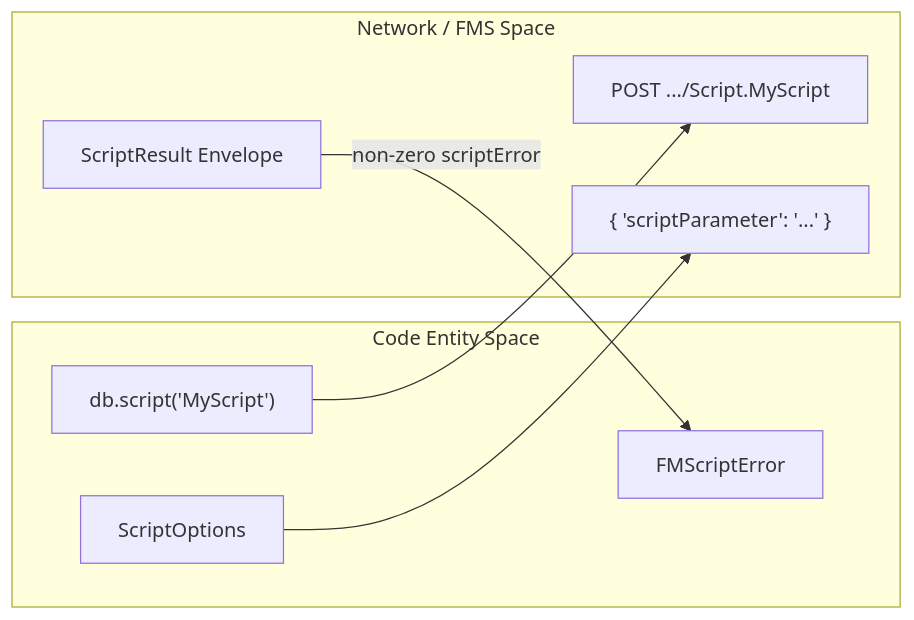
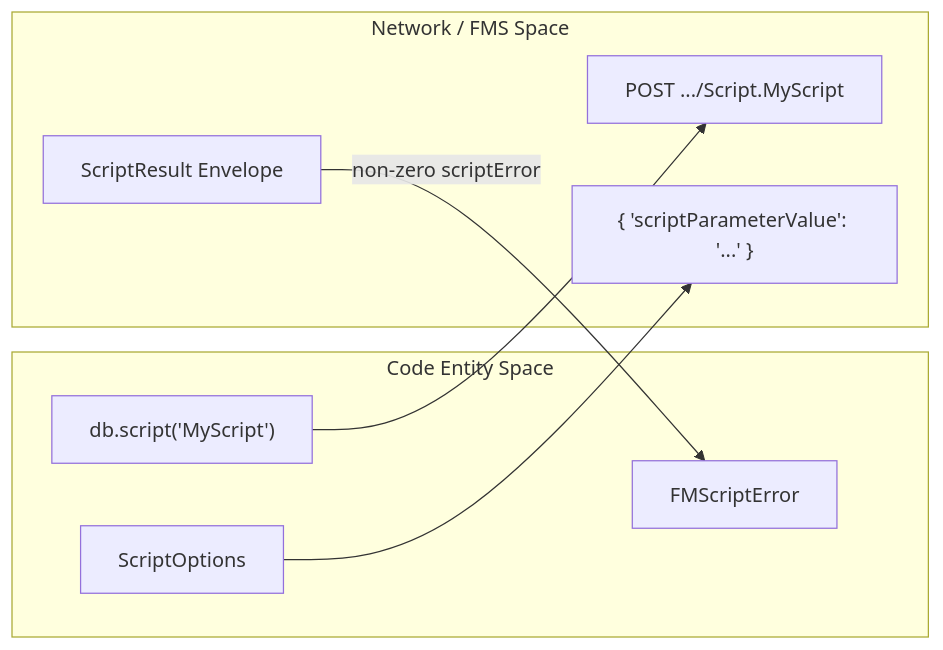
The second of 2 diagrams in wiki/04-filemaker-server-quirks.md (fsans/fms-odata-js), drawn with Mermaid before and after one commit. The commit also changed 10 other files, not shown here.

````diff
--- a/wiki/04-filemaker-server-quirks.md
+++ b/wiki/04-filemaker-server-quirks.md
@@ -88,18 +88,18 @@
 ```mermaid
 graph LR
     subgraph "Code Entity Space"
         JS_CALL["db.script('MyScript')"]
         OPTS["ScriptOptions"]
         ERR["FMScriptError"]
     end
 
     subgraph "Network / FMS Space"
         URL["POST .../Script.MyScript"]
-        BODY["{ 'scriptParameter': '...' }"]
+        BODY["{ 'scriptParameterValue': '...' }"]
         ENV["ScriptResult Envelope"]
     end
 
     JS_CALL --> URL
     OPTS --> BODY
     ENV -- "non-zero scriptError" --> ERR
 ```
````
